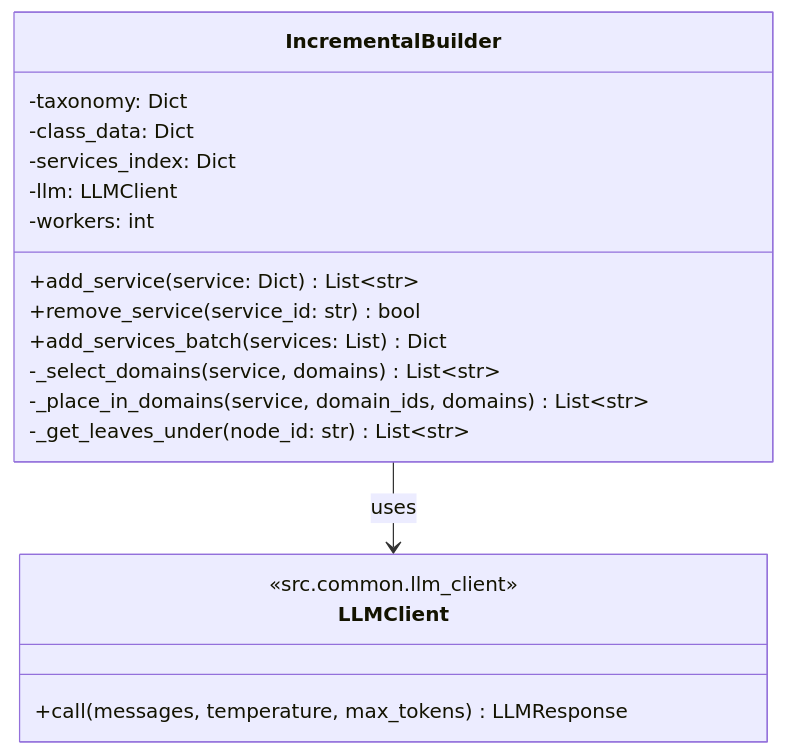
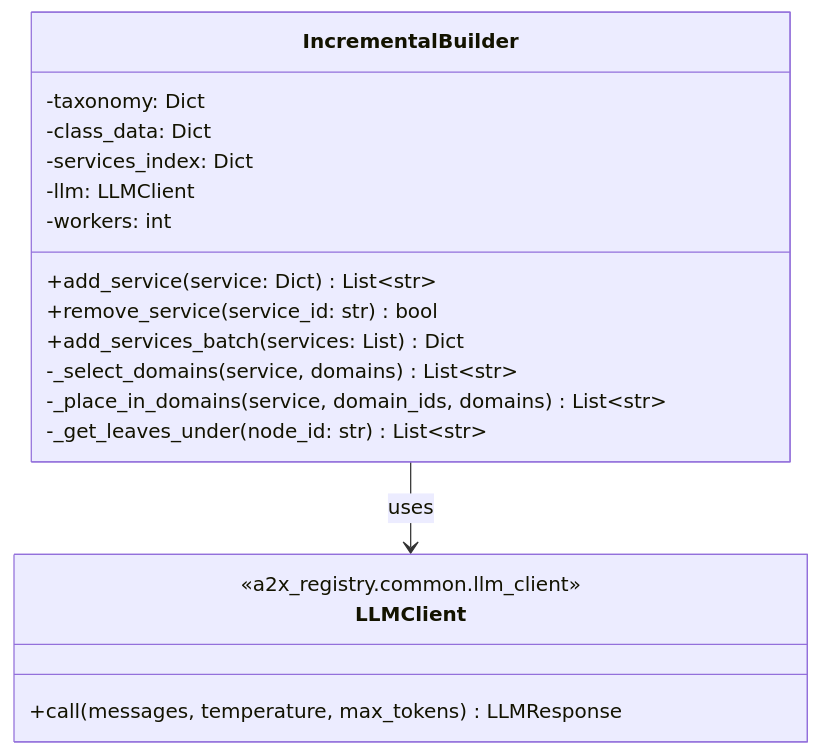
One commit to openJiuwen-ai/agent-protocol changed the third of 3 diagrams in docs/incremental_design.md. Above: the diagram before and after it, drawn with Mermaid. The commit also changed other lines of this file and 45 other files, not shown here.

````diff
--- a/docs/incremental_design.md
+++ b/docs/incremental_design.md
@@ -103,23 +103,23 @@
 ```mermaid
 classDiagram
     class IncrementalBuilder {
         -taxonomy: Dict
         -class_data: Dict
         -services_index: Dict
         -llm: LLMClient
         -workers: int
         +add_service(service: Dict) List~str~
         +remove_service(service_id: str) bool
         +add_services_batch(services: List) Dict
         -_select_domains(service, domains) List~str~
         -_place_in_domains(service, domain_ids, domains) List~str~
         -_get_leaves_under(node_id: str) List~str~
     }
 
     class LLMClient {
-        <<src.common.llm_client>>
+        <<a2x_registry.common.llm_client>>
         +call(messages, temperature, max_tokens) LLMResponse
     }
 
     IncrementalBuilder --> LLMClient : uses
 ```
````
